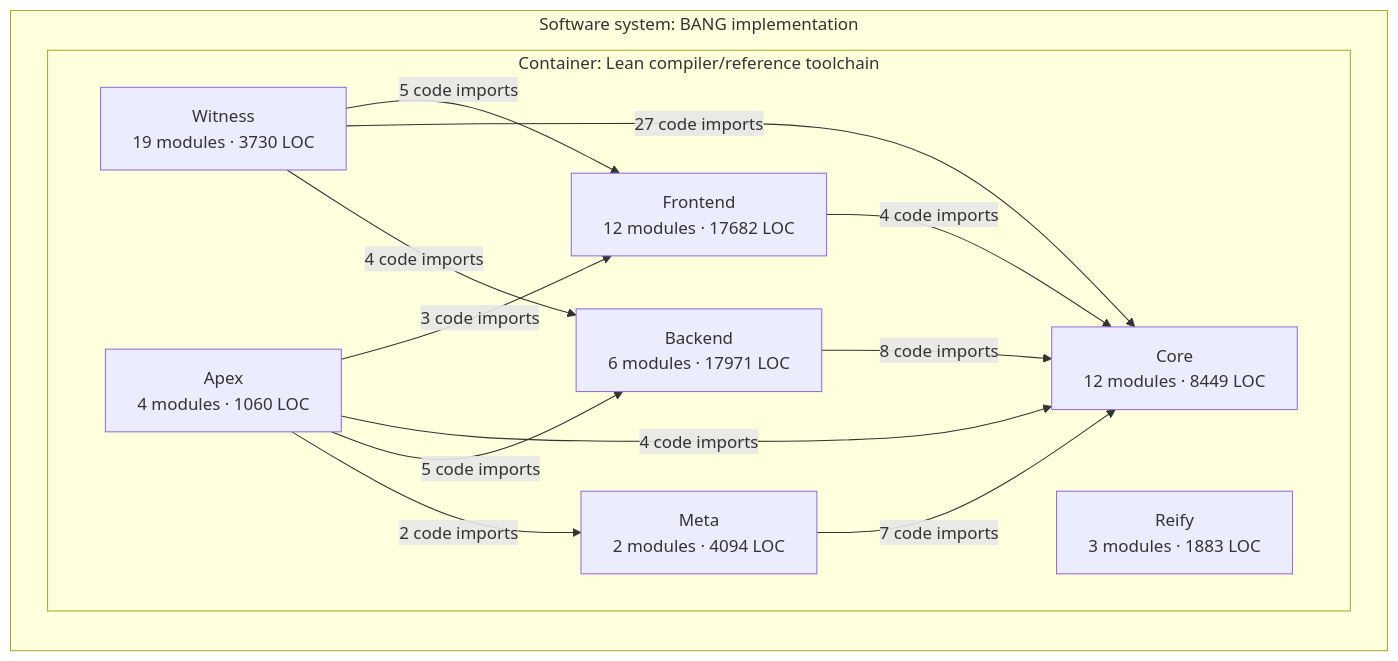
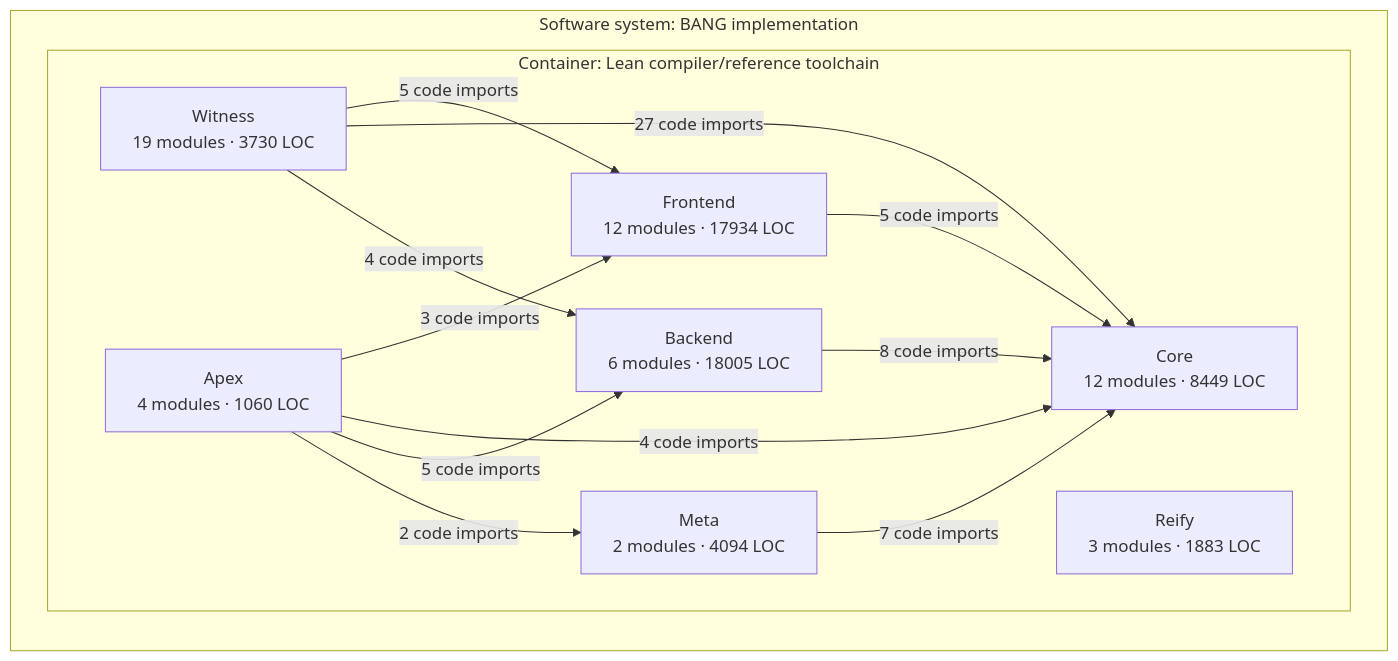
Before and after one commit to phibkro/bang: the third of 3 diagrams in docs/architecture/core-overview.md, drawn with Mermaid. The commit also changed other lines of this file and 40 other files, not shown here.

````diff
--- a/docs/architecture/core-overview.md
+++ b/docs/architecture/core-overview.md
@@ -160,24 +160,24 @@
 ```mermaid
 flowchart LR
   subgraph system_BANG["Software system: BANG implementation"]
     subgraph container_Lean_toolchain["Container: Lean compiler/reference toolchain"]
-      component_Frontend["Frontend<br/>12 modules · 17682 LOC"]
+      component_Frontend["Frontend<br/>12 modules · 17934 LOC"]
       component_Core["Core<br/>12 modules · 8449 LOC"]
-      component_Backend["Backend<br/>6 modules · 17971 LOC"]
+      component_Backend["Backend<br/>6 modules · 18005 LOC"]
       component_Meta["Meta<br/>2 modules · 4094 LOC"]
       component_Witness["Witness<br/>19 modules · 3730 LOC"]
       component_Reify["Reify<br/>3 modules · 1883 LOC"]
       component_Apex["Apex<br/>4 modules · 1060 LOC"]
     end
   end
-  component_Frontend -->|4 code imports| component_Core
+  component_Frontend -->|5 code imports| component_Core
   component_Backend -->|8 code imports| component_Core
   component_Meta -->|7 code imports| component_Core
   component_Witness -->|5 code imports| component_Frontend
   component_Witness -->|27 code imports| component_Core
   component_Witness -->|4 code imports| component_Backend
   component_Apex -->|3 code imports| component_Frontend
   component_Apex -->|4 code imports| component_Core
   component_Apex -->|5 code imports| component_Backend
   component_Apex -->|2 code imports| component_Meta
 ```
````
